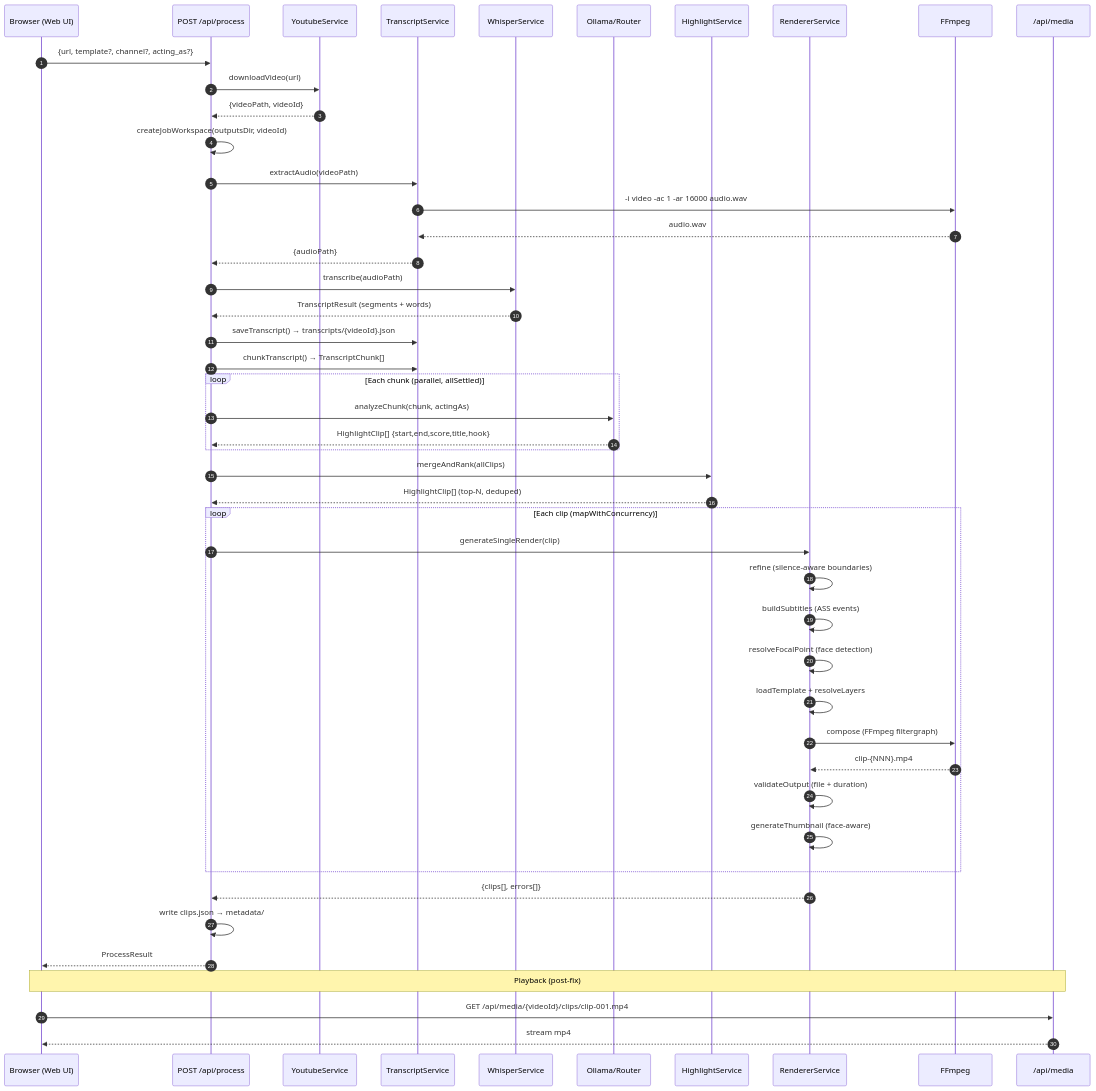
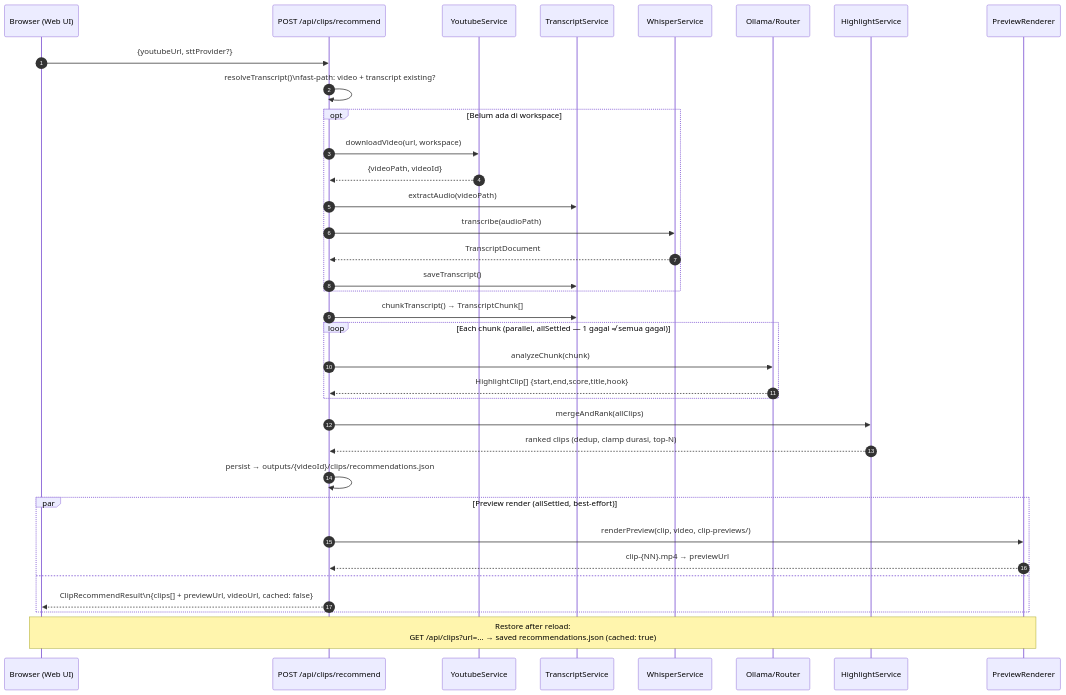
Before and after one commit to satalesmana/youtube-clip: the third of 5 diagrams in documentation/clip-process-flow.md, drawn with Mermaid. The commit also changed other lines of this file and 3 other files, not shown here.

````diff
--- a/documentation/clip-process-flow.md
+++ b/documentation/clip-process-flow.md
@@ -77,59 +163,45 @@
 ```mermaid
 sequenceDiagram
     autonumber
     participant Browser as Browser (Web UI)
-    participant API as POST /api/process
+    participant API as POST /api/clips/recommend
     participant YT as YoutubeService
     participant TS as TranscriptService
     participant WH as WhisperService
     participant AI as Ollama/Router
     participant HL as HighlightService
-    participant RD as RendererService
-    participant FF as FFmpeg
-    participant MEDIA as /api/media
+    participant PR as PreviewRenderer
 
-    Browser->>API: {url, template?, channel?, acting_as?}
-    API->>YT: downloadVideo(url)
-    YT-->>API: {videoPath, videoId}
+    Browser->>API: {youtubeUrl, sttProvider?}
 
-    API->>API: createJobWorkspace(outputsDir, videoId)
+    API->>API: resolveTranscript()\nfast-path: video + transcript existing?
+    opt Belum ada di workspace
+        API->>YT: downloadVideo(url, workspace)
+        YT-->>API: {videoPath, videoId}
+        API->>TS: extractAudio(videoPath)
+        API->>WH: transcribe(audioPath)
+        WH-->>API: TranscriptDocument
+        API->>TS: saveTranscript()
+    end
 
-    API->>TS: extractAudio(videoPath)
-    TS->>FF: -i video -ac 1 -ar 16000 audio.wav
-    FF-->>TS: audio.wav
-    TS-->>API: {audioPath}
-
-    API->>WH: transcribe(audioPath)
-    WH-->>API: TranscriptResult (segments + words)
-
-    API->>TS: saveTranscript() → transcripts/{videoId}.json
     API->>TS: chunkTranscript() → TranscriptChunk[]
 
-    loop Each chunk (parallel, allSettled)
-        API->>AI: analyzeChunk(chunk, actingAs)
+    loop Each chunk (parallel, allSettled — 1 gagal ≠ semua gagal)
+        API->>AI: analyzeChunk(chunk)
         AI-->>API: HighlightClip[] {start,end,score,title,hook}
     end
 
     API->>HL: mergeAndRank(allClips)
-    HL-->>API: HighlightClip[] (top-N, deduped)
+    HL-->>API: ranked clips (dedup, clamp durasi, top-N)
 
-    loop Each clip (mapWithConcurrency)
-        API->>RD: generateSingleRender(clip)
-        RD->>RD: refine (silence-aware boundaries)
-        RD->>RD: buildSubtitles (ASS events)
-        RD->>RD: resolveFocalPoint (face detection)
-        RD->>RD: loadTemplate + resolveLayers
-        RD->>FF: compose (FFmpeg filtergraph)
-        FF-->>RD: clip-{NNN}.mp4
-        RD->>RD: validateOutput (file + duration)
-        RD->>RD: generateThumbnail (face-aware)
+    API->>API: persist → outputs/{videoId}/clips/recommendations.json
+
+    par Preview render (allSettled, best-effort)
+        API->>PR: renderPreview(clip, video, clip-previews/)
+        PR-->>API: clip-{NN}.mp4 → previewUrl
+    and
+        API-->>Browser: ClipRecommendResult\n{clips[] + previewUrl, videoUrl, cached: false}
     end
 
-    RD-->>API: {clips[], errors[]}
-    API->>API: write clips.json → metadata/
-    API-->>Browser: ProcessResult
-
-    Note over Browser,MEDIA: Playback (post-fix)
-    Browser->>MEDIA: GET /api/media/{videoId}/clips/clip-001.mp4
-    MEDIA-->>Browser: stream mp4
+    Note over Browser,PR: Restore after reload:<br/>GET /api/clips?url=... → saved recommendations.json (cached: true)
 ```
````
